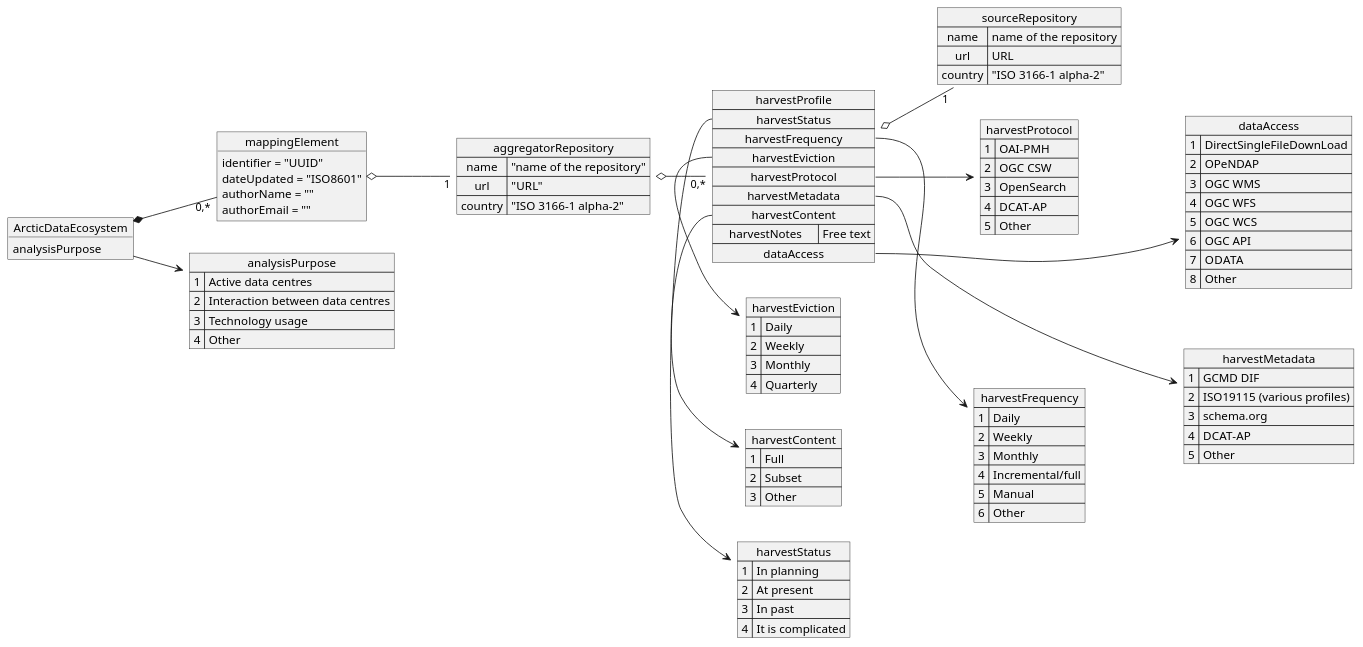
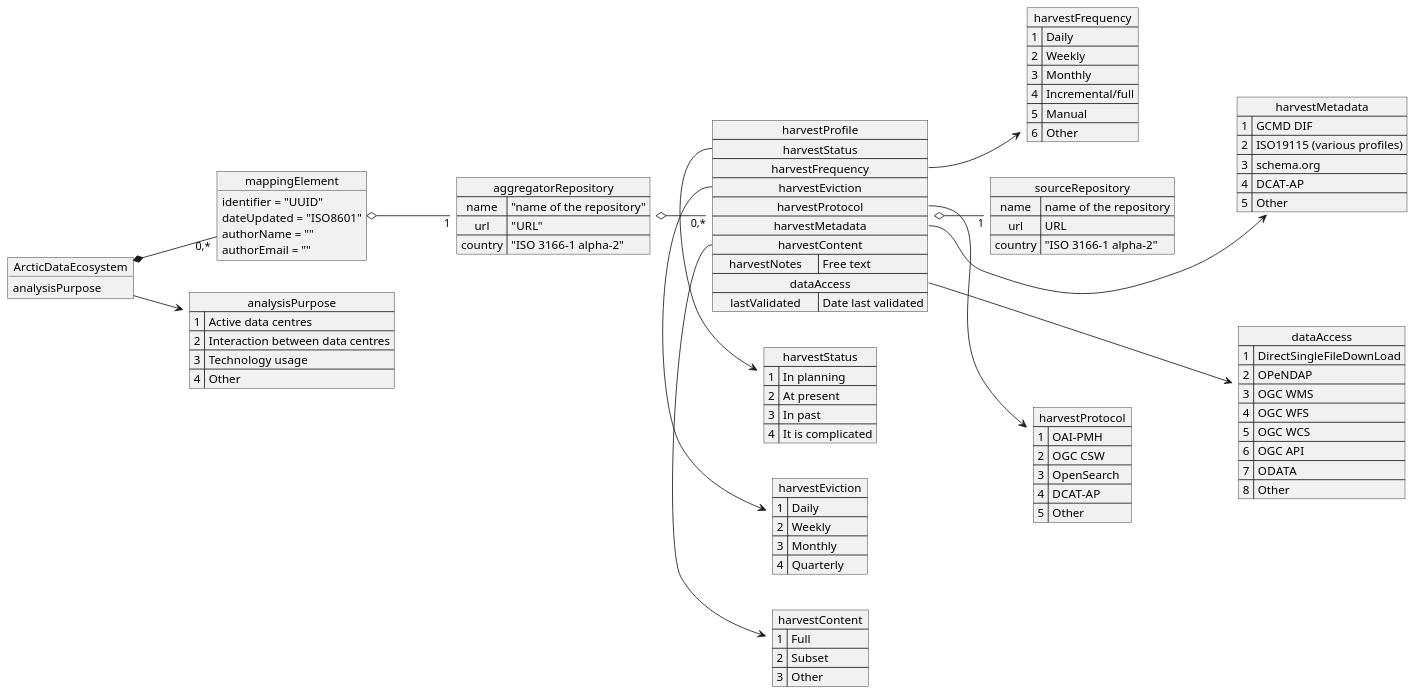
Before and after one commit to POLDER-Crew/PDEMDataModel: the diagram in doc/diagrams/ArcticDataMapping.puml, drawn with PlantUML. The commit also changed 3 other files, not shown here.

Commit message:
Add date last validated field to harvest profile

```diff
--- a/doc/diagrams/ArcticDataMapping.puml
+++ b/doc/diagrams/ArcticDataMapping.puml
@@ -1,115 +1,116 @@
 @startuml
 
 skinparam monochrome true
 left to right direction
 
 object "ArcticDataEcosystem" as ade {
     analysisPurpose 
 }
 
 map "analysisPurpose" as pu {
 1 => Active data centres
 2 => Interaction between data centres
 3 => Technology usage
 4 => Other
 }
 
 ade --> pu
 
 object "mappingElement" as me {
     identifier = "UUID"
     dateUpdated = "ISO8601"
     authorName = ""
     authorEmail = ""
 }
 
 map "aggregatorRepository" as agg {
     name => "name of the repository"
     url => "URL"
     country => "ISO 3166-1 alpha-2"
 }
 
 map "harvestStatus" as hs {
     1 => In planning
     2 => At present
     3 => In past
     4 => It is complicated
 }
 
 map "harvestFrequency" as hf {
     1 => Daily
     2 => Weekly
     3 => Monthly
     4 => Incremental/full
     5 => Manual
     6 => Other
 }
 
 map "harvestEviction" as he {
     1 => Daily
     2 => Weekly
     3 => Monthly
     4 => Quarterly
 }
 
 map "harvestProtocol" as hp {
     1 => OAI-PMH
     2 => OGC CSW
     3 => OpenSearch
     4 => DCAT-AP
     5 => Other
 }
 
 map "harvestMetadata" as hm {
     1 => GCMD DIF
     2 => ISO19115 (various profiles)
     3 => schema.org
     4 => DCAT-AP
     5 => Other
 }
 
 map "harvestContent" as hc {
     1 => Full
     2 => Subset
     3 => Other
 }
 
 map "dataAccess" as da {
     1 => DirectSingleFileDownLoad
     2 => OPeNDAP
     3 => OGC WMS
     4 => OGC WFS
     5 => OGC WCS
     6 => OGC API
     7 => ODATA
     8 => Other
 }
 
 map "harvestProfile" as hpf {
     harvestStatus *-> hs
     harvestFrequency *-> hf
     harvestEviction *-> he
     harvestProtocol *-> hp
     harvestMetadata *-> hm
     harvestContent *-> hc
     harvestNotes => Free text
-    dataAccess *-> da 
+    dataAccess *-> da
+    lastValidated => Date last validated
 }
 
 map "sourceRepository" as src {
     name => name of the repository
     url => URL
     country => "ISO 3166-1 alpha-2"
 }
 
 ade *-- "0,*" me
 me o-- "1" agg
 hpf o-- "1" src
 agg o-- "0,*" hpf
 
 hs -[hidden]d- hf
 hf -[hidden]d- hm
 hc -[hidden]d- hp
 hp -[hidden]d- da
 
 @enduml
```
